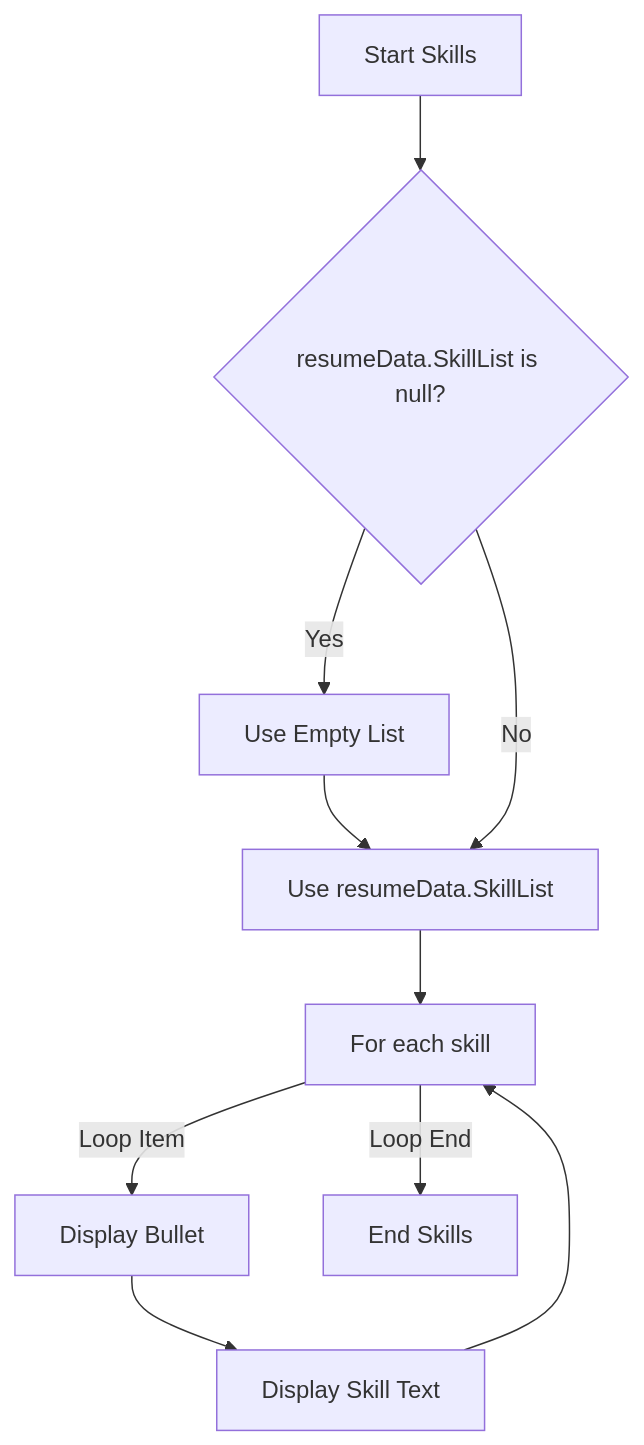
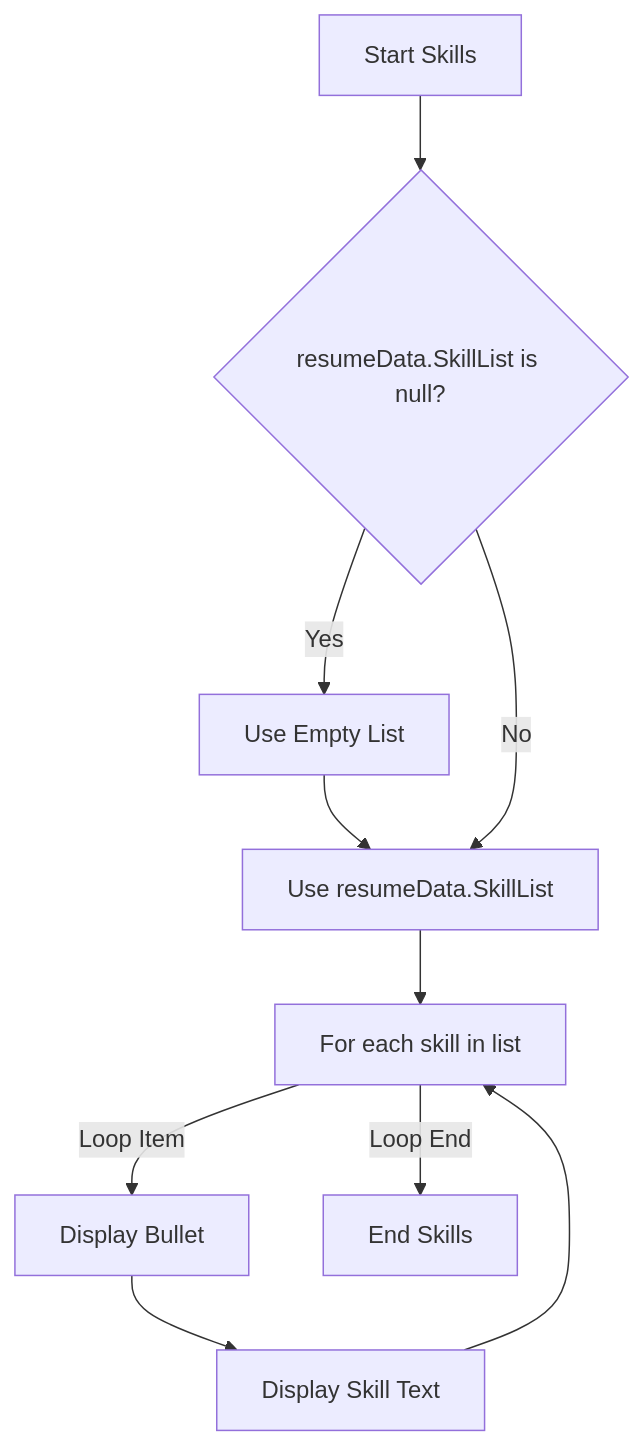
Diagram 12 of 17 in Docs/ResumeBuilder_Business_Rules.md (jonatancompiani/ResumeBuilder), drawn with Mermaid before and after one commit. The commit also changed other lines of this file, not shown here.

First line of the commit message:
Fix: Robustly correct Mermaid diagram syntax in documentation

````diff
--- a/Docs/ResumeBuilder_Business_Rules.md
+++ b/Docs/ResumeBuilder_Business_Rules.md
@@ -287,12 +287,12 @@
         ```mermaid
         graph TD
-            K_Skills[Start Skills] --> L_NullCheck{resumeData.SkillList is null?};
-            L_NullCheck -- Yes --> M_EmptyList[Use Empty List];
-            M_EmptyList --> N_Loop;
-            L_NullCheck -- No --> N_Loop[Use resumeData.SkillList];
-            N_Loop --> O_ForEachSkill[For each skill];
-            O_ForEachSkill -- Loop Item --> P_ShowBullet[Display Bullet];
-            P_ShowBullet --> Q_ShowSkill[Display Skill Text];
-            Q_ShowSkill --> O_ForEachSkill;
-            O_ForEachSkill -- Loop End --> S_EndSkills[End Skills];
+            slA["Start Skills"] --> slB{"resumeData.SkillList is null?"};
+            slB -- Yes --> slC["Use Empty List"];
+            slC --> slD;
+            slB -- No --> slD["Use resumeData.SkillList"];
+            slD --> slE["For each skill in list"];
+            slE -- Loop Item --> slF["Display Bullet"];
+            slF --> slG["Display Skill Text"];
+            slG --> slE;
+            slE -- Loop End --> slH["End Skills"];
         ```
````
